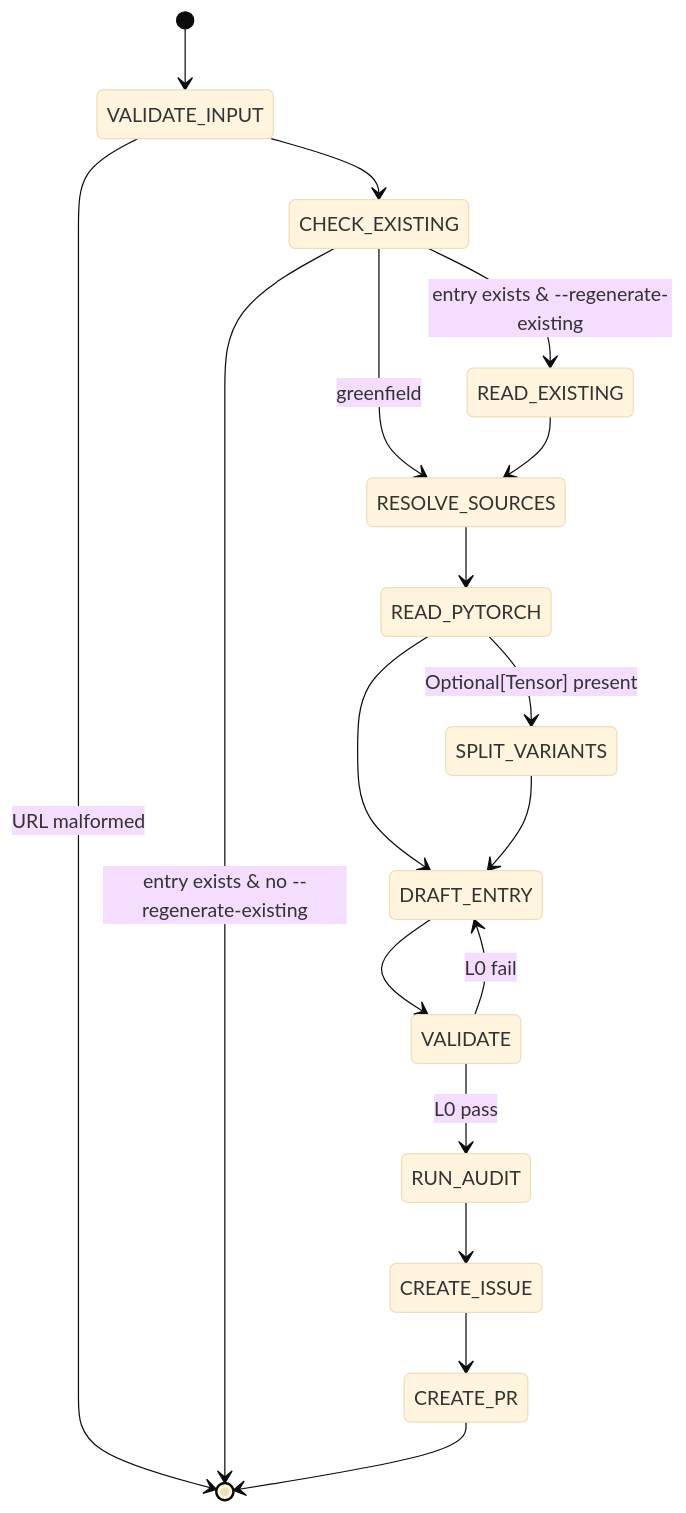
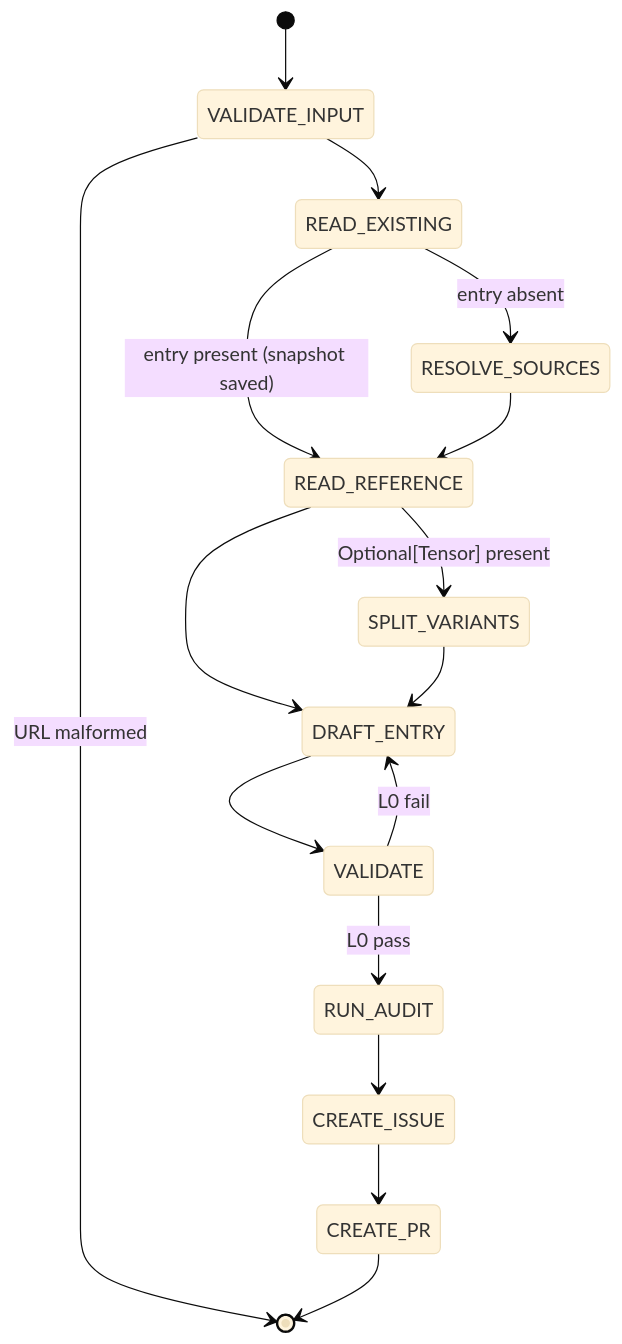
Before and after one commit to tile-ai/TileOPs: the diagram in .claude/skills/add-manifest/SKILL.md, drawn with Mermaid (base theme). The commit also changed other lines of this file and 1 other file, not shown here.

First line of the commit message:
[Refactor][Skills] add-manifest: drop --regenerate-existing flag; generalize ref source

````diff
--- a/.claude/skills/add-manifest/SKILL.md
+++ b/.claude/skills/add-manifest/SKILL.md
@@ -46,20 +47,18 @@
 ```mermaid
 stateDiagram-v2
     [*] --> VALIDATE_INPUT
     VALIDATE_INPUT --> [*]: URL malformed
-    VALIDATE_INPUT --> CHECK_EXISTING
-    CHECK_EXISTING --> [*]: entry exists & no --regenerate-existing
-    CHECK_EXISTING --> READ_EXISTING: entry exists & --regenerate-existing
-    CHECK_EXISTING --> RESOLVE_SOURCES: greenfield
-    READ_EXISTING --> RESOLVE_SOURCES
-    RESOLVE_SOURCES --> READ_PYTORCH
-    READ_PYTORCH --> SPLIT_VARIANTS: Optional[Tensor] present
-    READ_PYTORCH --> DRAFT_ENTRY
+    VALIDATE_INPUT --> READ_EXISTING
+    READ_EXISTING --> RESOLVE_SOURCES: entry absent
+    READ_EXISTING --> READ_REFERENCE: entry present (snapshot saved)
+    RESOLVE_SOURCES --> READ_REFERENCE
+    READ_REFERENCE --> SPLIT_VARIANTS: Optional[Tensor] present
+    READ_REFERENCE --> DRAFT_ENTRY
     SPLIT_VARIANTS --> DRAFT_ENTRY
     DRAFT_ENTRY --> VALIDATE
     VALIDATE --> DRAFT_ENTRY: L0 fail
     VALIDATE --> RUN_AUDIT: L0 pass
     RUN_AUDIT --> CREATE_ISSUE
     CREATE_ISSUE --> CREATE_PR
     CREATE_PR --> [*]
 ```
````
